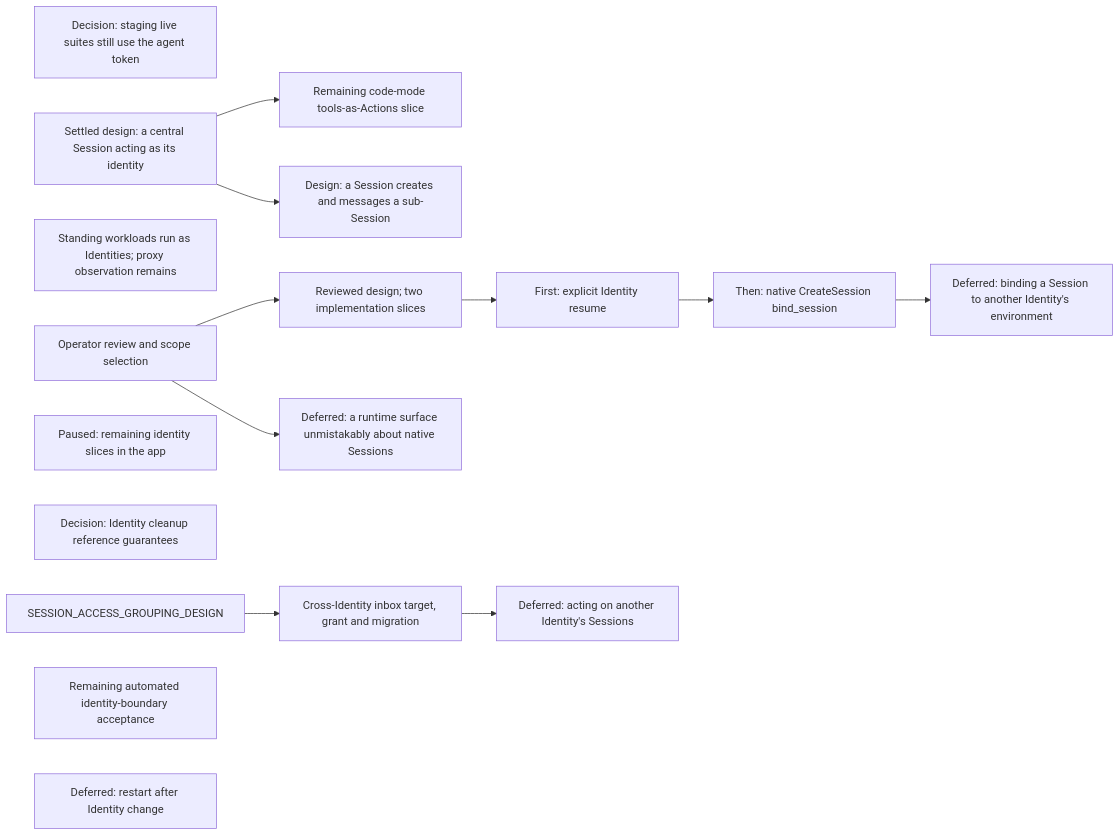
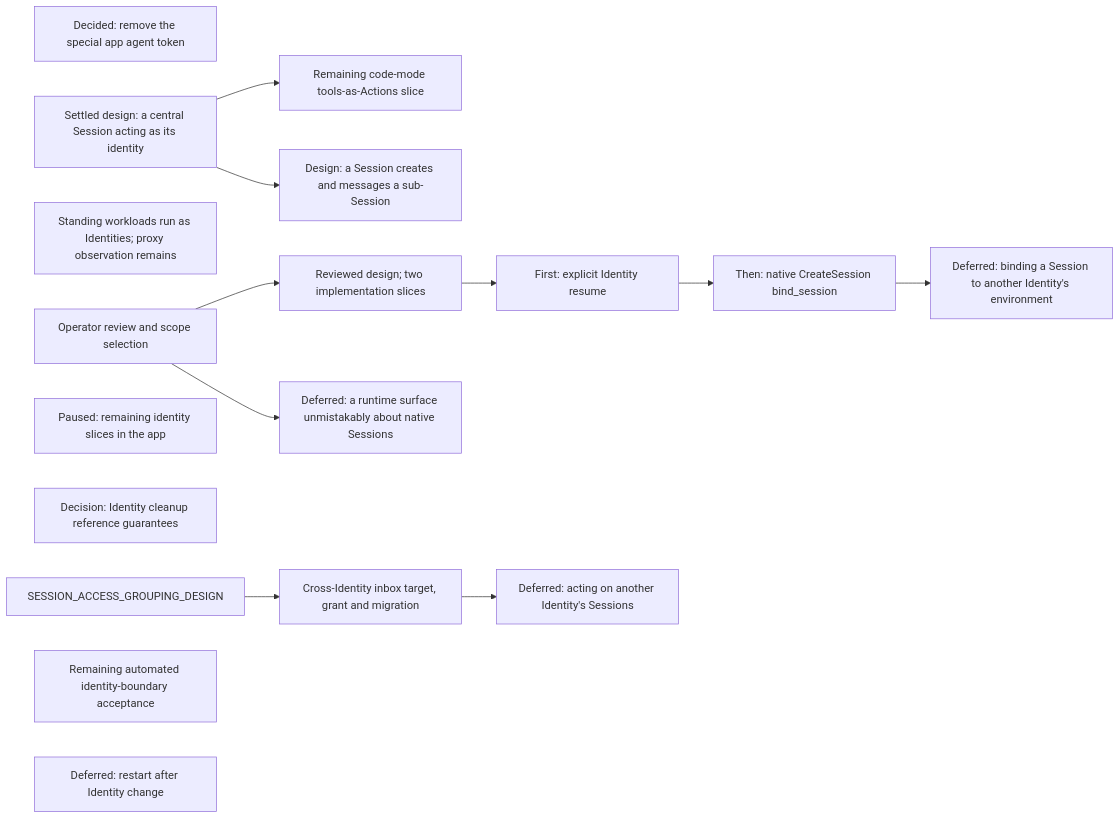
Before and after one commit to agentydragon/ducktape: diagram 16 of 18 in agentplane/plans/task_dag.md, drawn with Mermaid. The commit also changed other lines of this file and 3 other files, not shown here.

Commit message:
agentplane: decide service SVID authentication and retire app agent token

````diff
--- a/agentplane/plans/task_dag.md
+++ b/agentplane/plans/task_dag.md
@@ -3207,24 +3207,24 @@
 ```mermaid
 flowchart LR
-    APP_AGENT_TOKEN_DECISION[Decision: staging live suites still use the agent token]
+    APP_AGENT_TOKEN_DECISION[Decided: remove the special app agent token]
     CENTRAL_SESSION_ACTING_DESIGN[Settled design: a central Session acting as its identity]
     CENTRAL_SESSION_DELEGATED_ACTING[Remaining code-mode tools-as-Actions slice]
     CENTRAL_SESSION_ACTING_DESIGN --> CENTRAL_SESSION_DELEGATED_ACTING
     STANDING_WORKLOAD_IDENTITY[Standing workloads run as Identities; proxy observation remains]
     ENVIRONMENT_RULE_TYPE_DESIGN[Operator review and scope selection]
     ENVIRONMENT_LIFECYCLE_RULES[Reviewed design; two implementation slices]
     ENVIRONMENT_IDENTITY_RESUME[First: explicit Identity resume]
     ENVIRONMENT_IDENTITY_BIND_SESSION[Then: native CreateSession bind_session]
     ENVIRONMENT_RULE_TYPE_DESIGN --> ENVIRONMENT_LIFECYCLE_RULES
     ENVIRONMENT_LIFECYCLE_RULES --> ENVIRONMENT_IDENTITY_RESUME --> ENVIRONMENT_IDENTITY_BIND_SESSION
     APP_IDENTITIES_UI[Paused: remaining identity slices in the app]
     IDENTITY_CLEANUP_REFERENCE_DECISION[Decision: Identity cleanup reference guarantees]
     SESSION_SUBAGENT_DELEGATION[Design: a Session creates and messages a sub-Session]
     CENTRAL_SESSION_ACTING_DESIGN --> SESSION_SUBAGENT_DELEGATION
     SESSION_ACCESS_GROUPING_DESIGN --> SESSION_IDENTITY_AUTHZ[Cross-Identity inbox target, grant and migration]
     SESSION_IDENTITY_AUTHZ --> SESSION_CROSS_IDENTITY_AUTHORITY[Deferred: acting on another Identity's Sessions]
     ENVIRONMENT_RULE_TYPE_DESIGN --> ENVIRONMENT_RUNTIME_NATIVE_SURFACE[Deferred: a runtime surface unmistakably about native Sessions]
     ENVIRONMENT_IDENTITY_BIND_SESSION --> CROSS_IDENTITY_SESSION_BINDING[Deferred: binding a Session to another Identity's environment]
     IDENTITY_SYSTEM_TESTS[Remaining automated identity-boundary acceptance]
     SANDBOX_IDENTITY_CHANGE_CHECKPOINT[Deferred: restart after Identity change]
 ```
````
